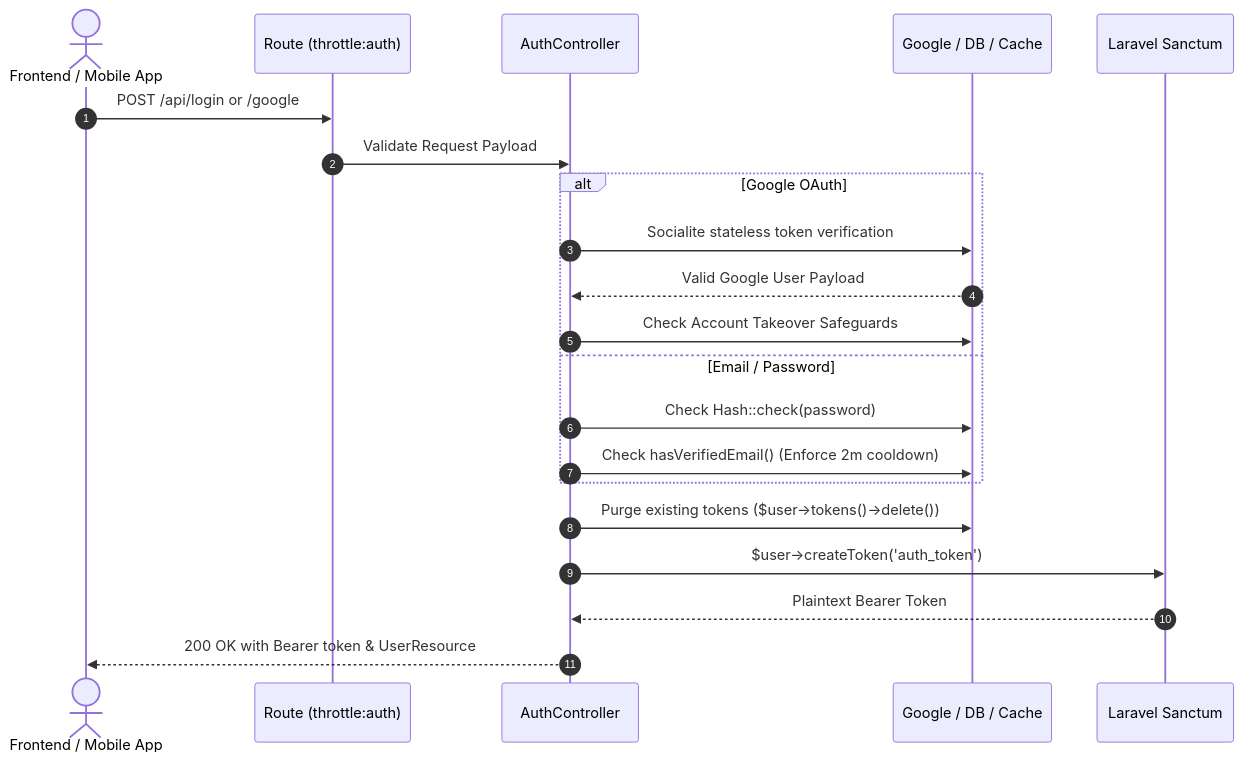
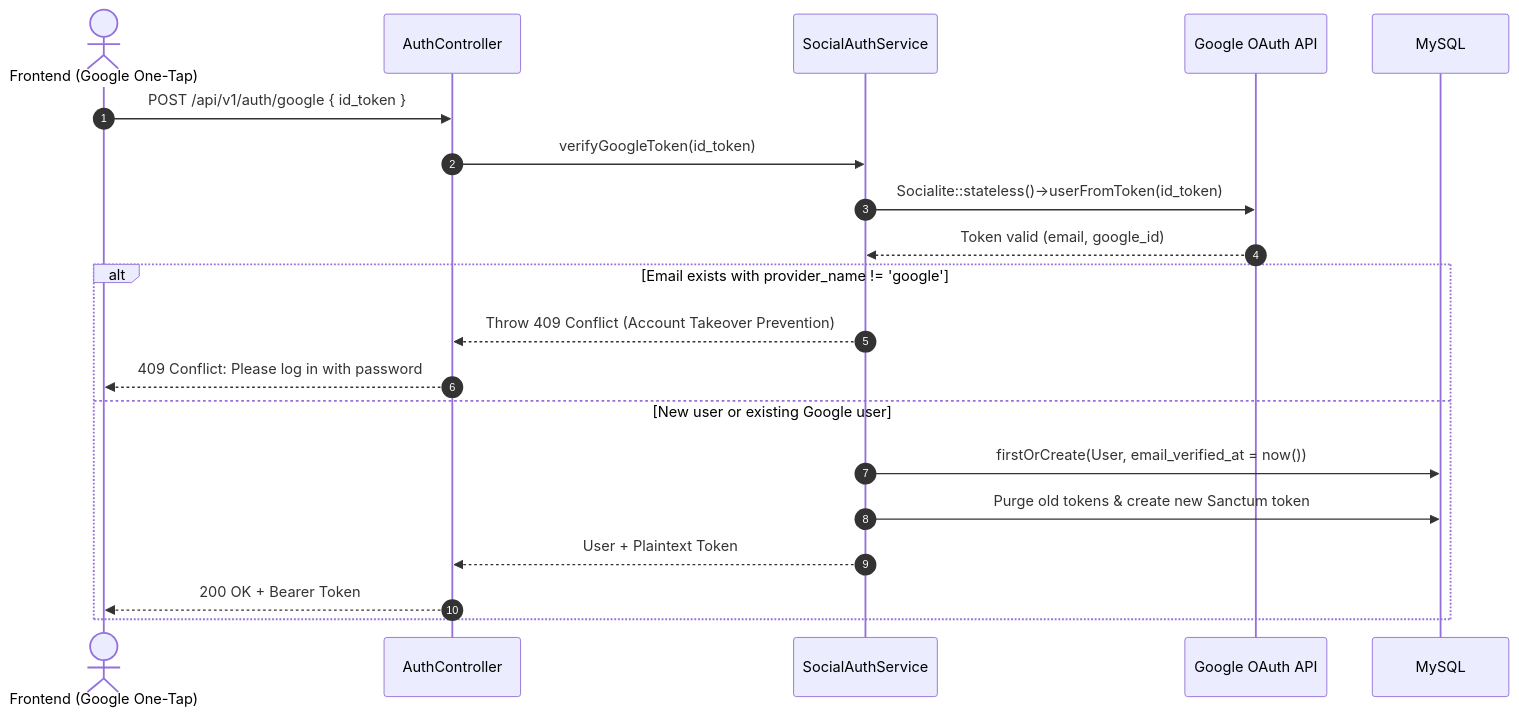
One commit to ayoubelfaqir1-ops/Lamsa changed the third of 3 diagrams in Modules/Auth/README.md. Above: the diagram before and after it, drawn with Mermaid. The commit also changed other lines of this file and 28 other files, not shown here.

Commit message:
docs(ops): add production deployment configs, architecture adrs, and module docs

````diff
--- a/Modules/Auth/README.md
+++ b/Modules/Auth/README.md
@@ -107,24 +162,24 @@
 ```mermaid
 sequenceDiagram
     autonumber
-    actor Client as Frontend / Mobile App
-    participant Route as Route (throttle:auth)
+    actor Client as Frontend (Google One-Tap)
     participant Ctrl as AuthController
-    participant Ext as Google / DB / Cache
-    participant Sanctum as Laravel Sanctum
+    participant Svc as SocialAuthService
+    participant Google as Google OAuth API
+    participant DB as MySQL
 
-    Client->>Route: POST /api/login or /google
-    Route->>Ctrl: Validate Request Payload
-    alt Google OAuth
-        Ctrl->>Ext: Socialite stateless token verification
-        Ext-->>Ctrl: Valid Google User Payload
-        Ctrl->>Ext: Check Account Takeover Safeguards
-    else Email / Password
-        Ctrl->>Ext: Check Hash::check(password)
-        Ctrl->>Ext: Check hasVerifiedEmail() (Enforce 2m cooldown)
+    Client->>Ctrl: POST /api/v1/auth/google { id_token }
+    Ctrl->>Svc: verifyGoogleToken(id_token)
+    Svc->>Google: Socialite::stateless()->userFromToken(id_token)
+    Google-->>Svc: Token valid (email, google_id)
+
+    alt Email exists with provider_name != 'google'
+        Svc-->>Ctrl: Throw 409 Conflict (Account Takeover Prevention)
+        Ctrl-->>Client: 409 Conflict: Please log in with password
+    else New user or existing Google user
+        Svc->>DB: firstOrCreate(User, email_verified_at = now())
+        Svc->>DB: Purge old tokens & create new Sanctum token
+        Svc-->>Ctrl: User + Plaintext Token
+        Ctrl-->>Client: 200 OK + Bearer Token
     end
-    Ctrl->>Ext: Purge existing tokens ($user->tokens()->delete())
-    Ctrl->>Sanctum: $user->createToken('auth_token')
-    Sanctum-->>Ctrl: Plaintext Bearer Token
-    Ctrl-->>Client: 200 OK with Bearer token & UserResource
 ```
````
